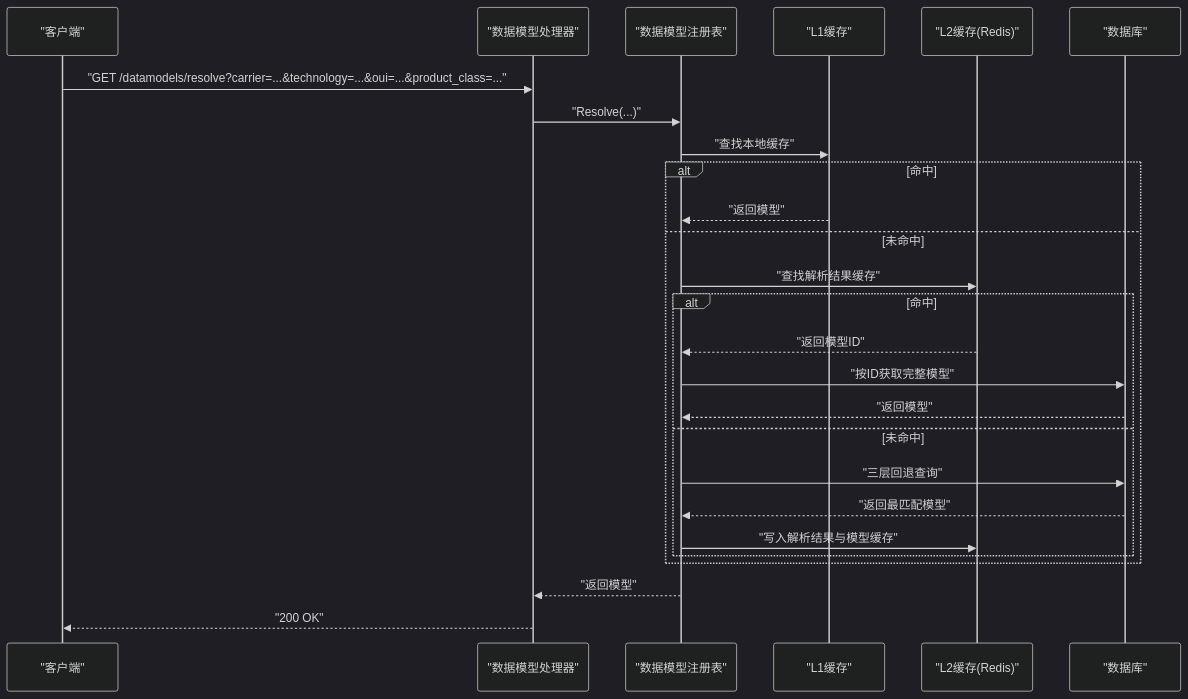
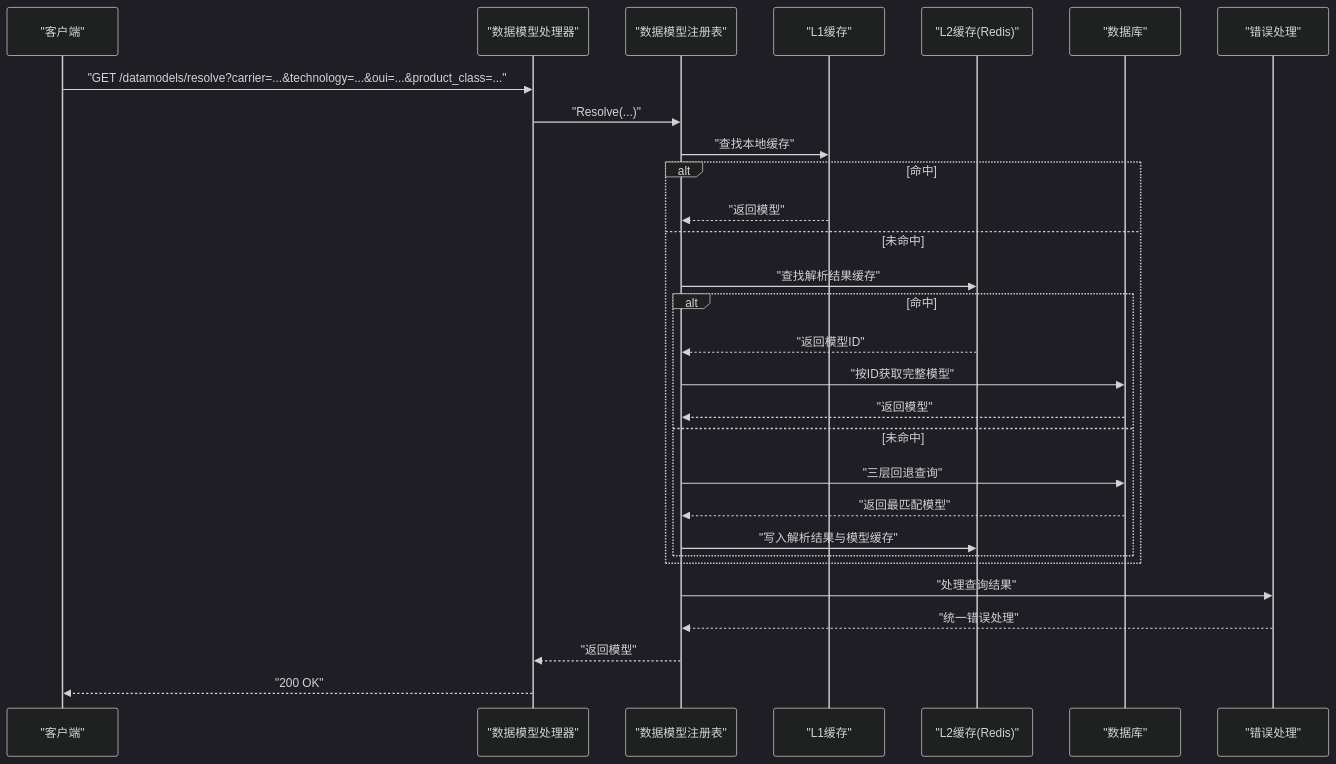
Before and after one commit to bixinhaner/xomc: the second of 6 diagrams in .qoder/repowiki/zh/content/多运营商适配/数据模型管理.md, drawn with Mermaid (dark theme). The commit also changed other lines of this file and 4 other files, not shown here.

````diff
--- a/.qoder/repowiki/zh/content/多运营商适配/数据模型管理.md
+++ b/.qoder/repowiki/zh/content/多运营商适配/数据模型管理.md
@@ -118,28 +144,31 @@
 ```mermaid
 sequenceDiagram
 participant C as "客户端"
 participant API as "数据模型处理器"
 participant REG as "数据模型注册表"
 participant L1 as "L1缓存"
 participant L2 as "L2缓存(Redis)"
 participant DB as "数据库"
+participant ERR as "错误处理"
 C->>API : "GET /datamodels/resolve?carrier=...&technology=...&oui=...&product_class=..."
 API->>REG : "Resolve(...)"
 REG->>L1 : "查找本地缓存"
 alt 命中
 L1-->>REG : "返回模型"
 else 未命中
 REG->>L2 : "查找解析结果缓存"
 alt 命中
 L2-->>REG : "返回模型ID"
 REG->>DB : "按ID获取完整模型"
 DB-->>REG : "返回模型"
 else 未命中
 REG->>DB : "三层回退查询"
 DB-->>REG : "返回最匹配模型"
 REG->>L2 : "写入解析结果与模型缓存"
 end
 end
+REG->>ERR : "处理查询结果"
+ERR-->>REG : "统一错误处理"
 REG-->>API : "返回模型"
 API-->>C : "200 OK"
 ```
````
